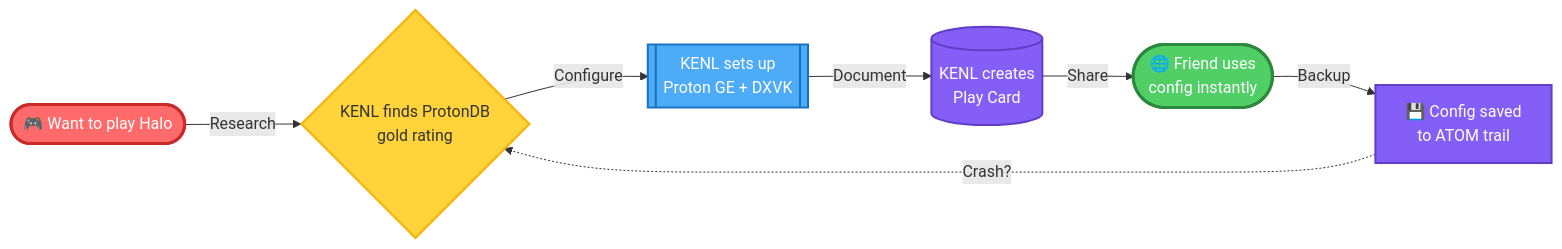
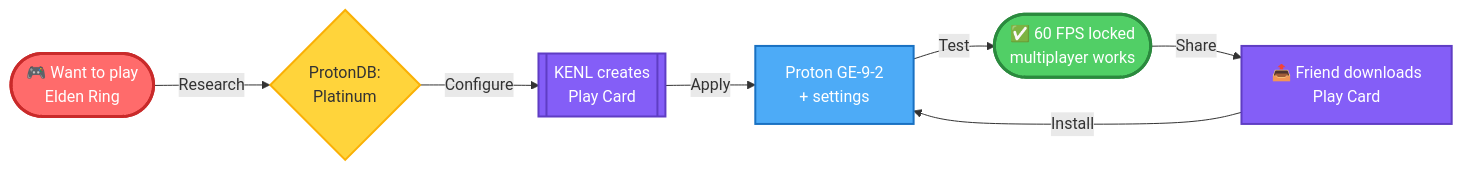
One commit to toolate28/kenl changed the first of 3 diagrams in README.md. Above: the diagram before and after it, drawn with Mermaid. The commit also changed other lines of this file, not shown here.

````diff
--- a/README.md
+++ b/README.md
@@ -58,16 +53,16 @@
 ```mermaid
 graph LR
-    A([🎮 Want to play Halo])  -->|Research| B{KENL finds ProtonDB<br/>gold rating}
-    B -->|Configure| C[[KENL sets up<br/>Proton GE + DXVK]]
-    C -->|Document| D[(KENL creates<br/>Play Card)]
-    D -->|Share| E([🌐 Friend uses<br/>config instantly])
-    E -->|Backup| F[💾 Config saved<br/>to ATOM trail]
-    F -.->|Crash?| B
+    A([🎮 Want to play<br/>Elden Ring])  -->|Research| B{ProtonDB:<br/>Platinum}
+    B -->|Configure| C[[KENL creates<br/>Play Card]]
+    C -->|Apply| D[Proton GE-9-2<br/>+ settings]
+    D -->|Test| E([✅ 60 FPS locked<br/>multiplayer works])
+    E -->|Share| F[📤 Friend downloads<br/>Play Card]
+    F -->|Install| D
 
     style A fill:#ff6b6b,stroke:#c92a2a,stroke-width:3px,color:#fff
     style B fill:#ffd43b,stroke:#fab005,stroke-width:2px
-    style C fill:#4dabf7,stroke:#1971c2,stroke-width:2px,color:#fff
-    style D fill:#845ef7,stroke:#5f3dc4,stroke-width:2px,color:#fff
+    style C fill:#845ef7,stroke:#5f3dc4,stroke-width:2px,color:#fff
+    style D fill:#4dabf7,stroke:#1971c2,stroke-width:2px,color:#fff
     style E fill:#51cf66,stroke:#2b8a3e,stroke-width:3px,color:#fff
     style F fill:#845ef7,stroke:#5f3dc4,stroke-width:2px,color:#fff
 ```
````
